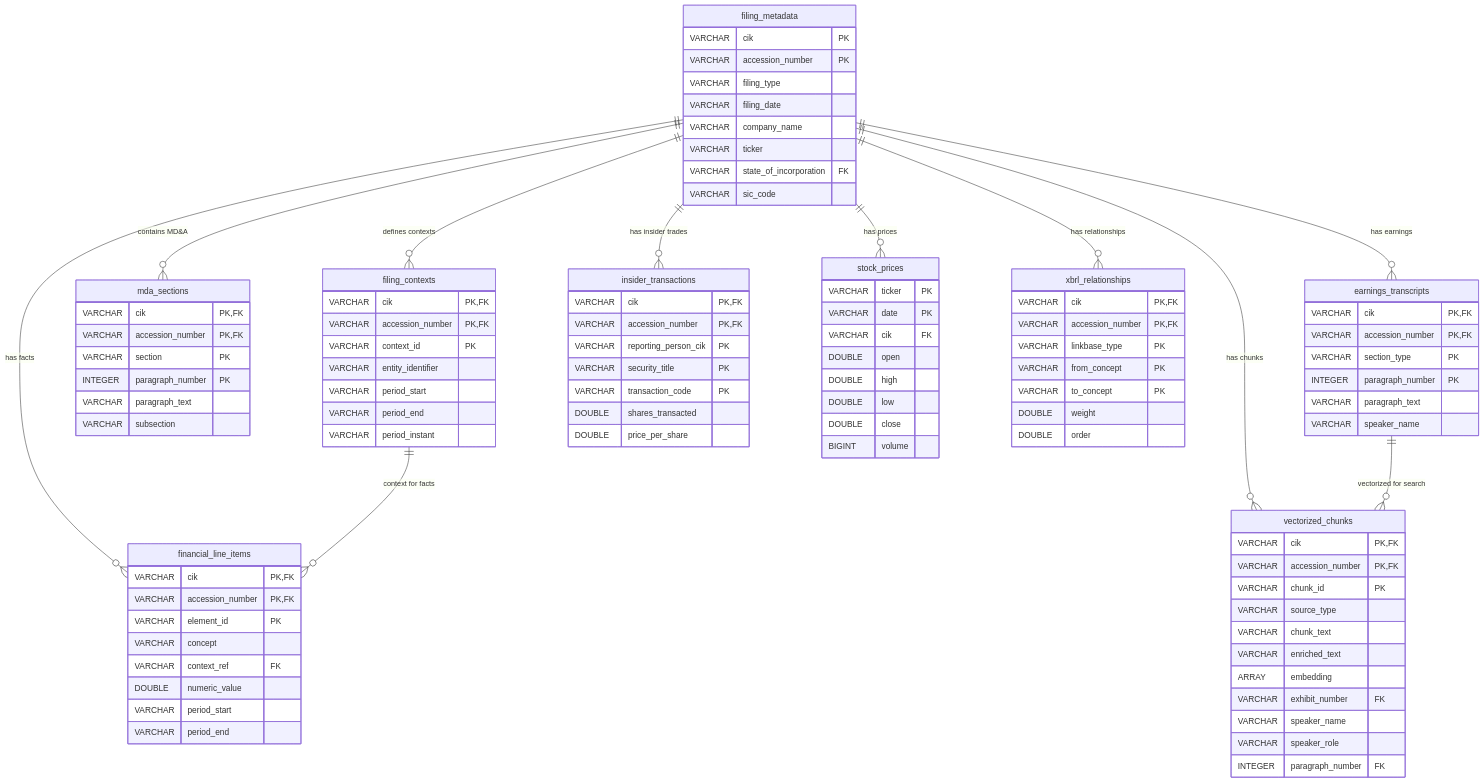
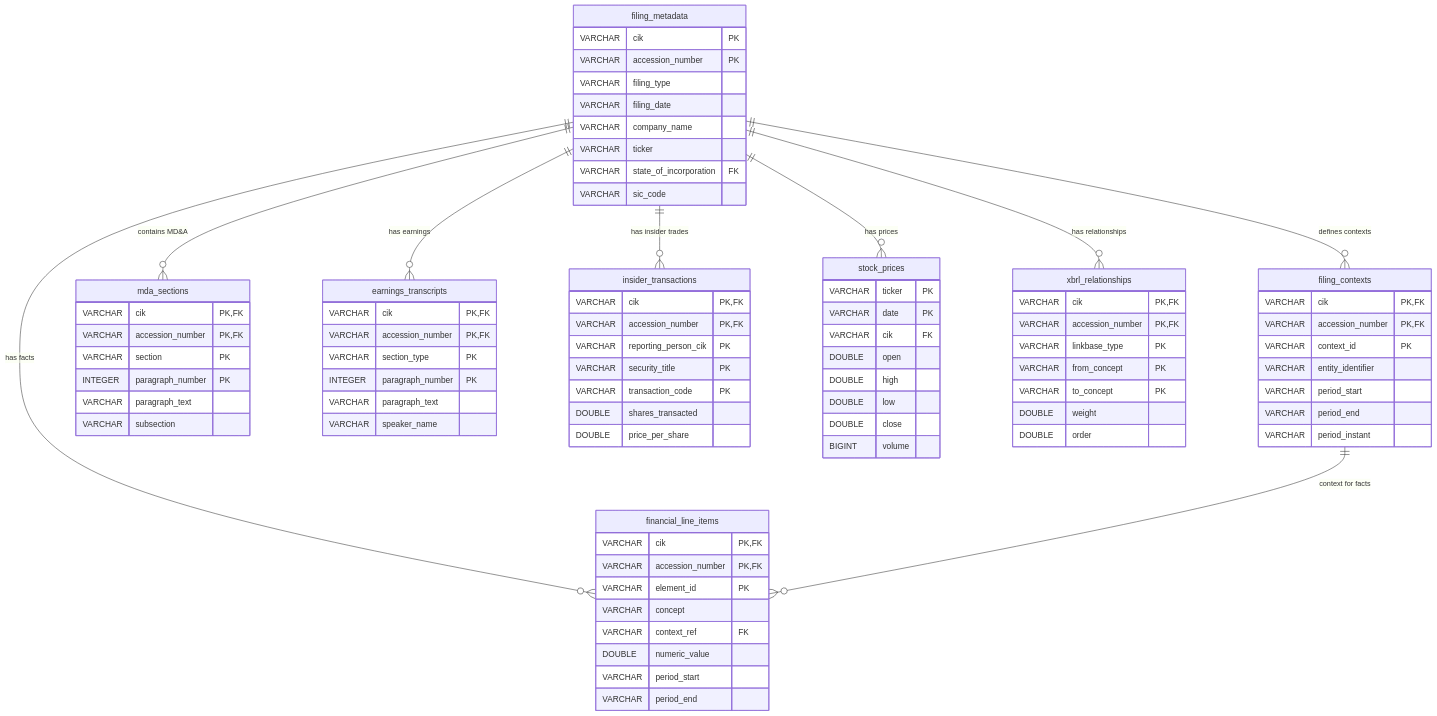
One commit to kenstott/calcite changed the diagram in govdata/docs/schemas/sec.md. Above: the diagram before and after it, drawn with Mermaid. The commit also changed other lines of this file and 7 other files, not shown here.

First line of the commit message:
fix(govdata/sec): remove dead sec.vectorized_chunks flag/refs, point docs at ref.vectorized_chunks

````diff
--- a/govdata/docs/schemas/sec.md
+++ b/govdata/docs/schemas/sec.md
@@ -89,20 +89,6 @@
         DOUBLE order
     }
 
-    vectorized_chunks {
-        VARCHAR cik PK,FK
-        VARCHAR accession_number PK,FK
-        VARCHAR chunk_id PK
-        VARCHAR source_type
-        VARCHAR chunk_text
-        VARCHAR enriched_text
-        ARRAY embedding
-        VARCHAR exhibit_number FK
-        VARCHAR speaker_name
-        VARCHAR speaker_role
-        INTEGER paragraph_number FK
-    }
-
     filing_metadata ||--o{ financial_line_items : "has facts"
     filing_metadata ||--o{ filing_contexts : "defines contexts"
     filing_metadata ||--o{ mda_sections : "contains MD&A"
@@ -110,7 +96,5 @@
     filing_metadata ||--o{ insider_transactions : "has insider trades"
     filing_metadata ||--o{ stock_prices : "has prices"
     filing_metadata ||--o{ xbrl_relationships : "has relationships"
-    filing_metadata ||--o{ vectorized_chunks : "has chunks"
     filing_contexts ||--o{ financial_line_items : "context for facts"
-    earnings_transcripts ||--o{ vectorized_chunks : "vectorized for search"
 ```
````
